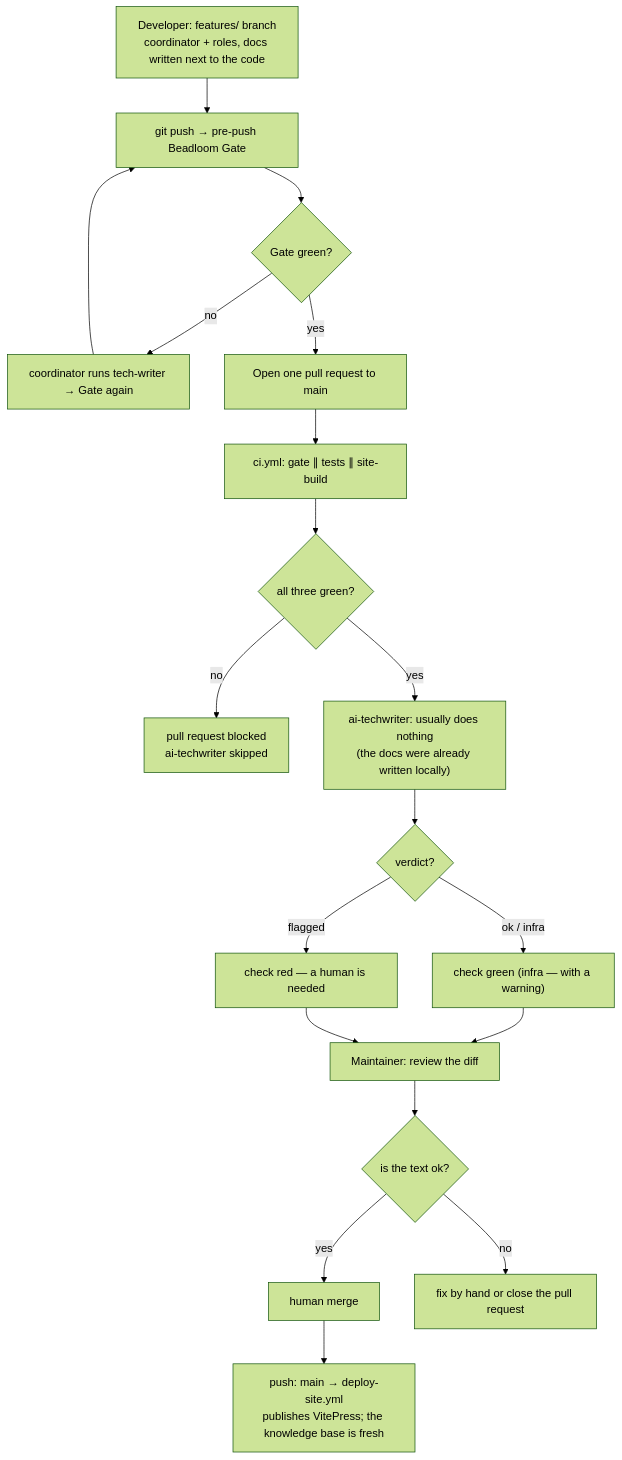
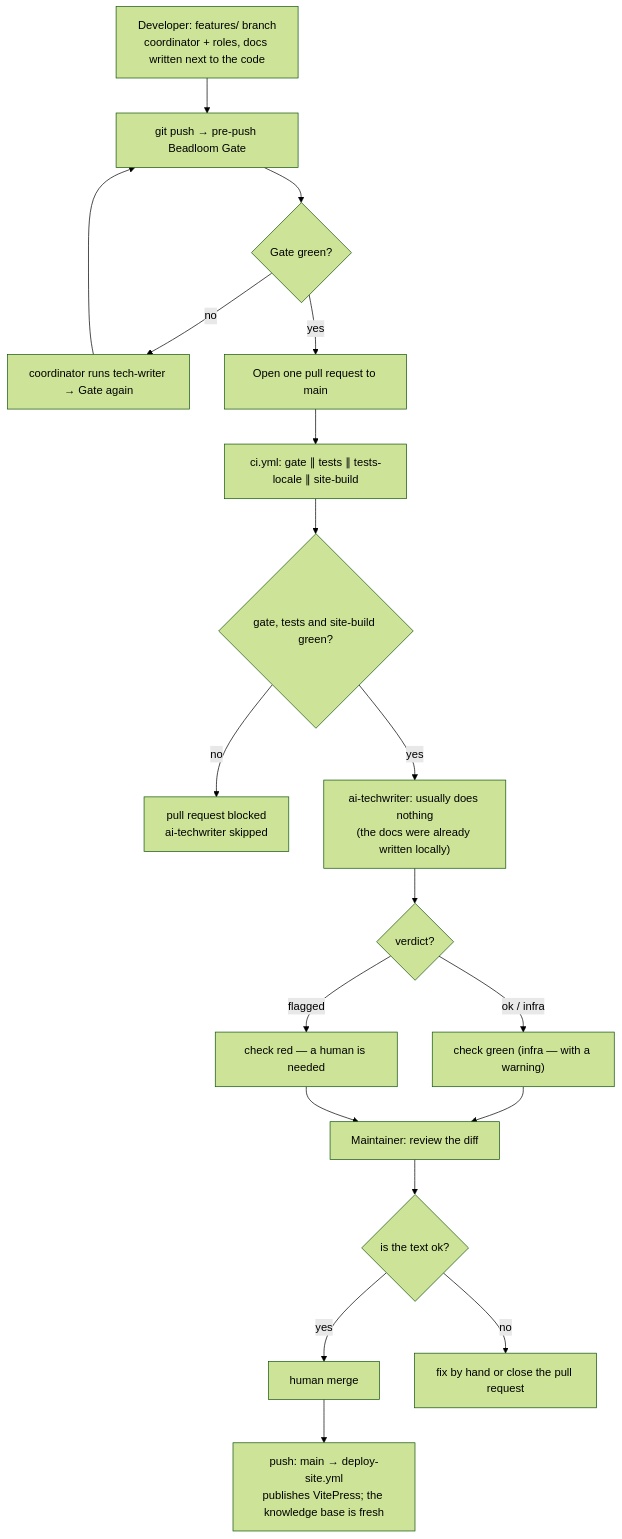
The tenth of 10 diagrams in docs/guides/multi-agent-development.md (zoologov/beadloom), drawn with Mermaid (forest theme) before and after one commit. The commit also changed other lines of this file and 95 other files, not shown here.

````diff
--- a/docs/guides/multi-agent-development.md
+++ b/docs/guides/multi-agent-development.md
@@ -472,26 +476,26 @@
 ```mermaid
 flowchart TD
   A["Developer: features/<KEY> branch<br/>coordinator + roles, docs written next to the code"] --> PP["git push → pre-push Beadloom Gate"]
   PP --> PPRED{"Gate green?"}
   PPRED -->|no| PPFIX["coordinator runs tech-writer → Gate again"]
   PPFIX --> PP
   PPRED -->|yes| B["Open one pull request to main"]
-  B --> C["ci.yml: gate ∥ tests ∥ site-build"]
+  B --> C["ci.yml: gate ∥ tests ∥ tests-locale ∥ site-build"]
 
-  C --> D{"all three green?"}
+  C --> D{"gate, tests and site-build green?"}
   D -->|no| Z["pull request blocked<br/>ai-techwriter skipped"]
   D -->|yes| E["ai-techwriter: usually does nothing<br/>(the docs were already written locally)"]
 
   E --> F{"verdict?"}
   F -->|ok / infra| G["check green (infra — with a warning)"]
   F -->|flagged| H["check red — a human is needed"]
 
   G --> I["Maintainer: review the diff"]
   H --> I
 
   I --> J{"is the text ok?"}
   J -->|yes| K["human merge"]
   J -->|no| L["fix by hand or close the pull request"]
 
   K --> M["push: main → deploy-site.yml<br/>publishes VitePress; the knowledge base is fresh"]
 ```
````
